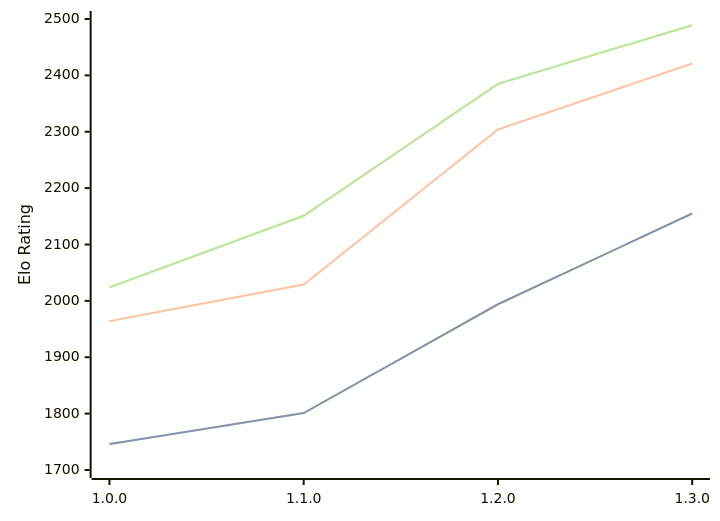
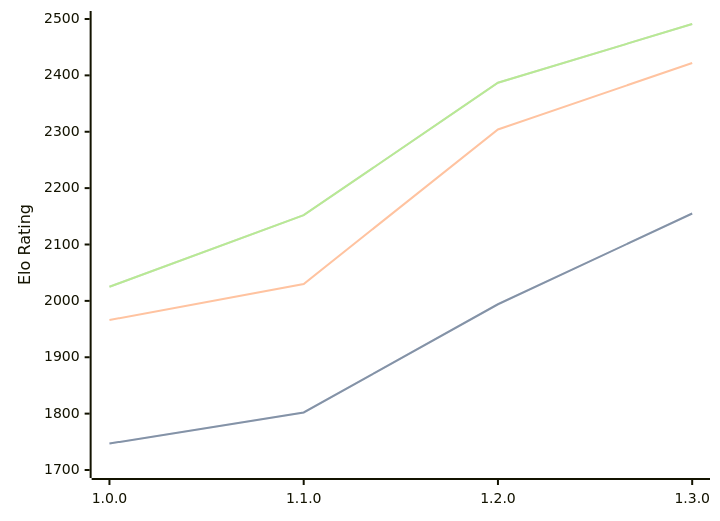
Before and after one commit to computer-chess-index/cci: the diagram in engines/Anodos.md, drawn with Mermaid. The commit also changed other lines of this file, not shown here.

Commit message:
Update CCI Ratings (ELO VLTC) - 2026-08-26

````diff
--- a/engines/Anodos.md
+++ b/engines/Anodos.md
@@ -34,11 +34,11 @@
 ```mermaid
 %%{init: {"theme":"base","themeVariables":{"seriesColors:['#a3a3a3','#222221','#faa371']}}}%%
 xychart-beta
   x-axis ["1.0.0", "1.1.0", "1.2.0", "1.3.0"]
   y-axis "Elo Rating" 1700 --> 2500
-  line "STC (8.0+0.08s)" [1746, 1801, 1994, 2155]
-  line "STC (8.0+0.08s)" [1746, 1801, 1994, 2155]
-  line "LTC (60.0+0.60s)" [1964, 2029, 2304, 2421]
-  line "VLTC (2m24s+1.12s)" [2024, 2151, 2385, 2489]
-  line "VLTC (2m24s+1.12s)" [2024, 2151, 2385, 2489]
+  line "STC (8.0+0.08s)" [1747, 1802, 1994, 2155]
+  line "STC (8.0+0.08s)" [1747, 1802, 1994, 2155]
+  line "LTC (60.0+0.60s)" [1966, 2030, 2304, 2422]
+  line "VLTC (2m24s+1.12s)" [2025, 2152, 2387, 2491]
+  line "VLTC (2m24s+1.12s)" [2025, 2152, 2387, 2491]
 ```
````
